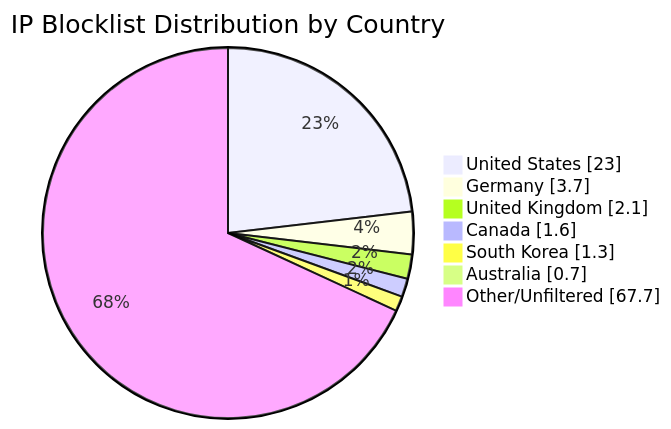
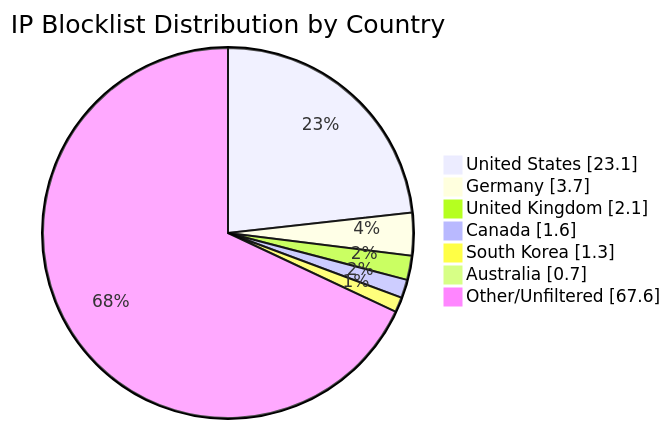
The diagram in README.md (MarcusHoltz/ipblocklist-geofiltered-aggregator), drawn with Mermaid before and after one commit. The commit also changed other lines of this file and 9 other files, not shown here.

````diff
--- a/README.md
+++ b/README.md
@@ -34,10 +34,10 @@
 ```mermaid
 pie showData title IP Blocklist Distribution by Country
-"United States" : 23.0
+"United States" : 23.1
 "Germany" : 3.7
 "United Kingdom" : 2.1
 "Canada" : 1.6
 "South Korea" : 1.3
 "Australia" : 0.7
-"Other/Unfiltered" : 67.7
+"Other/Unfiltered" : 67.6
 ```
````
